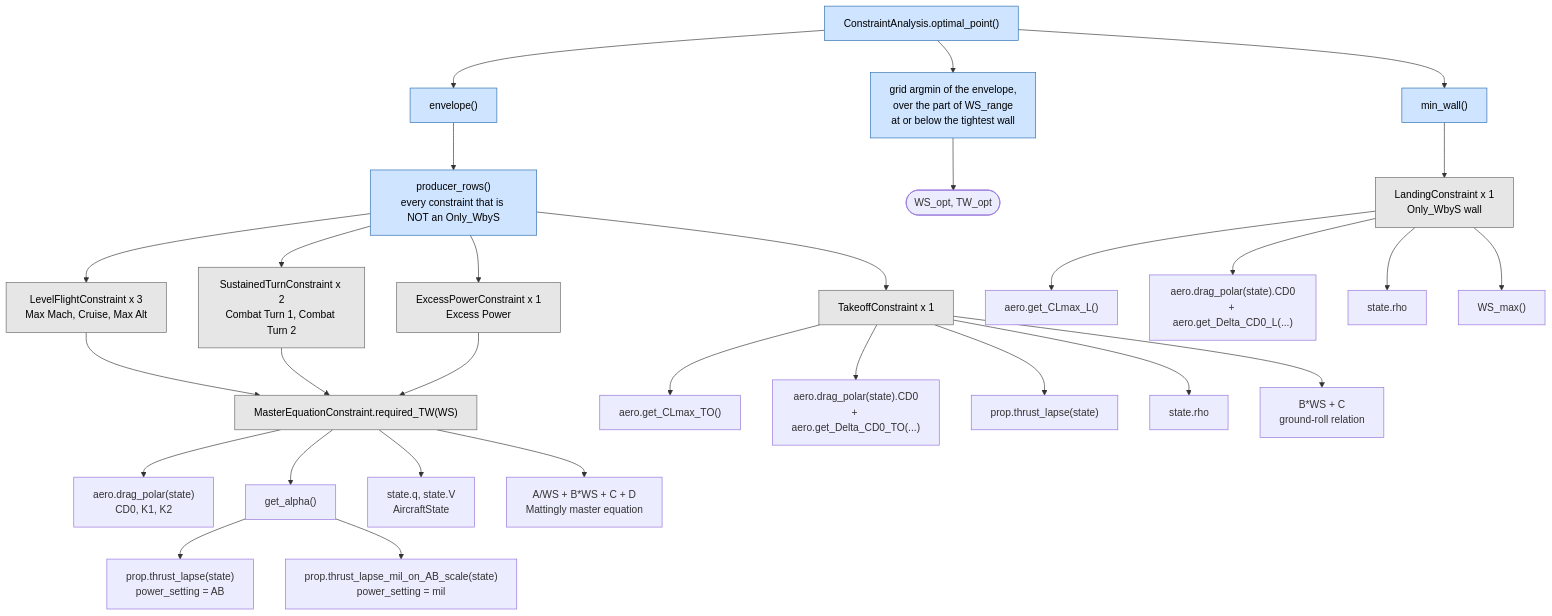
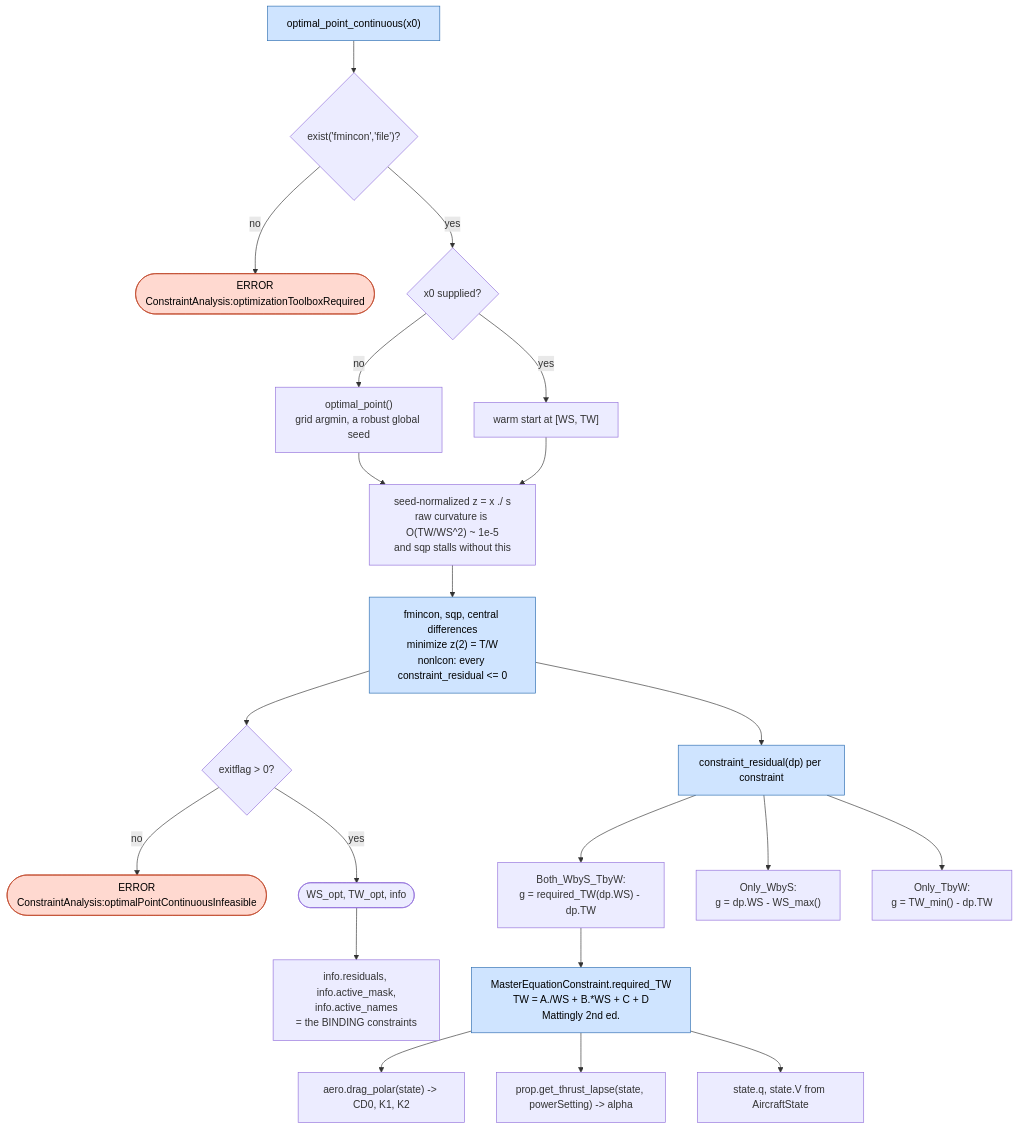
One commit to Idopt-Lab/air-vehicle-design changed the sixth of 12 diagrams in air_vehicle_design/sizing/docs/Mermaid_Diagrams/sizing_loop_dependency_diagrams.md. Above: the diagram before and after it, drawn with Mermaid. The commit also changed other lines of this file, not shown here.

First line of the commit message:
docs: rewrite the stale sizing-loop dependency diagrams

````diff
--- a/air_vehicle_design/sizing/docs/Mermaid_Diagrams/sizing_loop_dependency_diagrams.md
+++ b/air_vehicle_design/sizing/docs/Mermaid_Diagrams/sizing_loop_dependency_diagrams.md
@@ -397,42 +393,31 @@
 ```mermaid
 flowchart TD
-    OP["ConstraintAnalysis.optimal_point()"]
-    OP --> ENV["envelope()"]
-    OP --> WALL["min_wall()"]
-    ENV --> PR["producer_rows()<br/>every constraint that is NOT an Only_WbyS"]
-    OP --> ARG["grid argmin of the envelope,<br/>over the part of WS_range<br/>at or below the tightest wall"]
-    ARG --> OUT(["WS_opt, TW_opt"])
+    OPC["optimal_point_continuous(x0)"]
+    OPC --> GUARD{"exist('fmincon','file')?"}
+    GUARD -- no --> ERRTB(["ERROR<br/>ConstraintAnalysis:optimizationToolboxRequired"])
+    GUARD -- yes --> SEED{"x0 supplied?"}
+    SEED -- no --> GRID["optimal_point()<br/>grid argmin, a robust global seed"]
+    SEED -- yes --> WARM["warm start at [WS, TW]"]
+    GRID --> SCALE
+    WARM --> SCALE["seed-normalized z = x ./ s<br/>raw curvature is O(TW/WS^2) ~ 1e-5<br/>and sqp stalls without this"]
+    SCALE --> FMIN["fmincon, sqp, central differences<br/>minimize z(2) = T/W<br/>nonlcon: every constraint_residual <= 0"]
+    FMIN --> EXIT{"exitflag > 0?"}
+    EXIT -- no --> ERRINF(["ERROR<br/>ConstraintAnalysis:optimalPointContinuousInfeasible"])
+    EXIT -- yes --> OUT(["WS_opt, TW_opt, info"])
+    OUT --> INFO["info.residuals, info.active_mask,<br/>info.active_names<br/>= the BINDING constraints"]
 
-    PR --> LF["LevelFlightConstraint x 3<br/>Max Mach, Cruise, Max Alt"]
-    PR --> ST["SustainedTurnConstraint x 2<br/>Combat Turn 1, Combat Turn 2"]
-    PR --> EP["ExcessPowerConstraint x 1<br/>Excess Power"]
-    PR --> TO["TakeoffConstraint x 1"]
-    WALL --> LD["LandingConstraint x 1<br/>Only_WbyS wall"]
+    FMIN --> RES["constraint_residual(dp) per constraint"]
+    RES --> R1["Both_WbyS_TbyW:<br/>g = required_TW(dp.WS) - dp.TW"]
+    RES --> R2["Only_WbyS:<br/>g = dp.WS - WS_max()"]
+    RES --> R3["Only_TbyW:<br/>g = TW_min() - dp.TW"]
 
-    LF --> ME["MasterEquationConstraint.required_TW(WS)"]
-    ST --> ME
-    EP --> ME
-
-    ME --> MEA["aero.drag_polar(state)<br/>CD0, K1, K2"]
-    ME --> MEP["get_alpha()"]
-    MEP --> MEP1["prop.thrust_lapse(state)<br/>power_setting = AB"]
-    MEP --> MEP2["prop.thrust_lapse_mil_on_AB_scale(state)<br/>power_setting = mil"]
-    ME --> MES["state.q, state.V<br/>AircraftState"]
-    ME --> MET["A/WS + B*WS + C + D<br/>Mattingly master equation"]
-
-    TO --> TOA["aero.get_CLmax_TO()"]
-    TO --> TOB["aero.drag_polar(state).CD0<br/>+ aero.get_Delta_CD0_TO(...)"]
-    TO --> TOC["prop.thrust_lapse(state)"]
-    TO --> TOD["state.rho"]
-    TO --> TOE["B*WS + C<br/>ground-roll relation"]
-
-    LD --> LDA["aero.get_CLmax_L()"]
-    LD --> LDB["aero.drag_polar(state).CD0<br/>+ aero.get_Delta_CD0_L(...)"]
-    LD --> LDC["state.rho"]
-    LD --> LDD["WS_max()"]
+    R1 --> ME["MasterEquationConstraint.required_TW<br/>TW = A./WS + B.*WS + C + D<br/>Mattingly 2nd ed."]
+    ME --> MEA["aero.drag_polar(state) -> CD0, K1, K2"]
+    ME --> MEP["prop.get_thrust_lapse(state, powerSetting) -> alpha"]
+    ME --> MES["state.q, state.V from AircraftState"]
 
     classDef orch fill:#cfe4ff,stroke:#2b6cb0,color:#000
-    classDef gen fill:#e6e6e6,stroke:#666,color:#000
-    class OP,ENV,WALL,PR,ARG orch
-    class LF,ST,EP,TO,LD,ME gen
+    classDef bad fill:#ffd9d0,stroke:#c0482a,color:#000
+    class OPC,FMIN,RES,ME orch
+    class ERRTB,ERRINF bad
 ```
````
